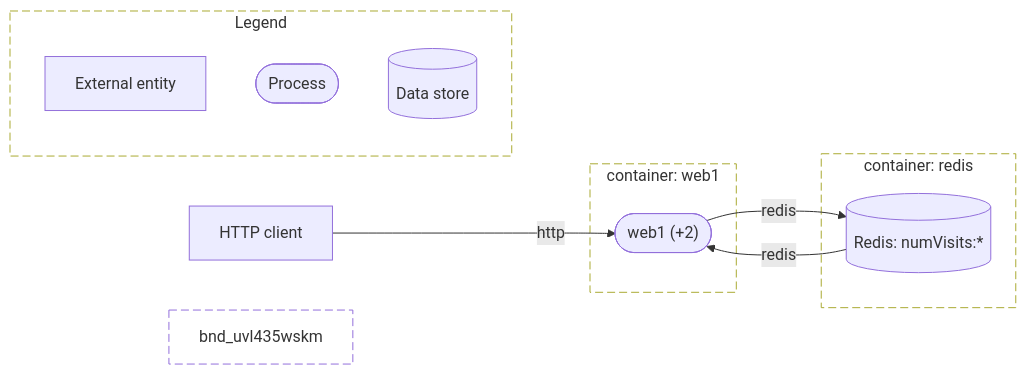
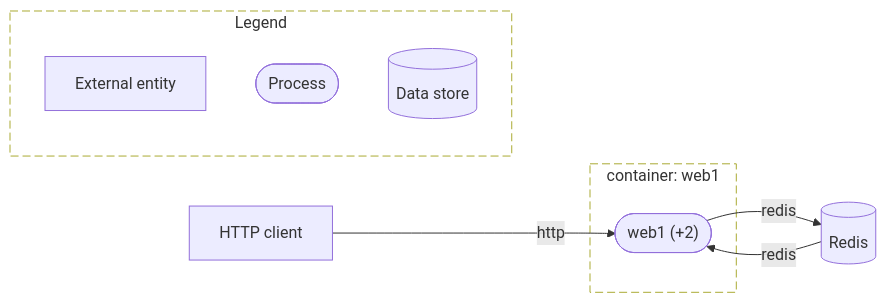
The diagram in evaluation/compose-nginx-nodejs-redis/diagrams/dfd-l1.mmd (AskShri/code2designmapping), drawn with Mermaid before and after one commit. The commit also changed 525 other files, not shown here.

First line of the commit message:
code2design v0.5: one fact vocabulary, one routing model, class-aware call graph

```diff
--- a/evaluation/compose-nginx-nodejs-redis/diagrams/dfd-l1.mmd
+++ b/evaluation/compose-nginx-nodejs-redis/diagrams/dfd-l1.mmd
@@ -1,21 +1,17 @@
-%% L1: compose-nginx-nodejs-redis
+%% L1 - compose-nginx-nodejs-redis
 flowchart LR
   subgraph bnd_4pueguv7xi["container: web1"]
-    proc_4beiv7l6ij(["web1 (+2)"])
-  end
-  subgraph bnd_raia233rwx["container: redis"]
-    store_jfszlpemqt[("Redis: numVisits:*")]
+    proc_qskhz265vp(["web1 (+2)"])
   end
   ext_sga4qktkap["HTTP client"]
-  ext_sga4qktkap -->|"http"| proc_4beiv7l6ij
-  proc_4beiv7l6ij -->|"redis"| store_jfszlpemqt
-  store_jfszlpemqt -->|"redis"| proc_4beiv7l6ij
+  store_uvgsvq5qlm[("Redis")]
+  ext_sga4qktkap -->|"http"| proc_qskhz265vp
+  proc_qskhz265vp -->|"redis"| store_uvgsvq5qlm
+  store_uvgsvq5qlm -->|"redis"| proc_qskhz265vp
   style bnd_4pueguv7xi stroke-dasharray: 8 4,fill:none
-  style bnd_raia233rwx stroke-dasharray: 8 4,fill:none
-  style bnd_uvl435wskm stroke-dasharray: 8 4,fill:none
   subgraph legend["Legend"]
     lg_e["External entity"]
     lg_p(["Process"])
     lg_s[("Data store")]
   end
   style legend stroke-dasharray: 8 4,fill:none
```
